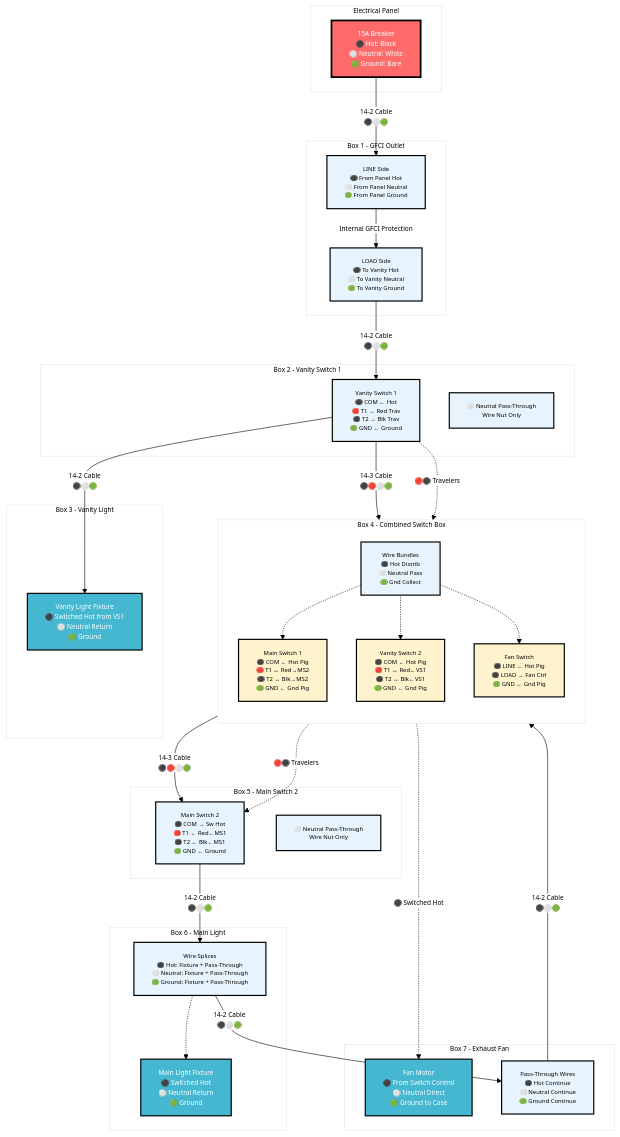
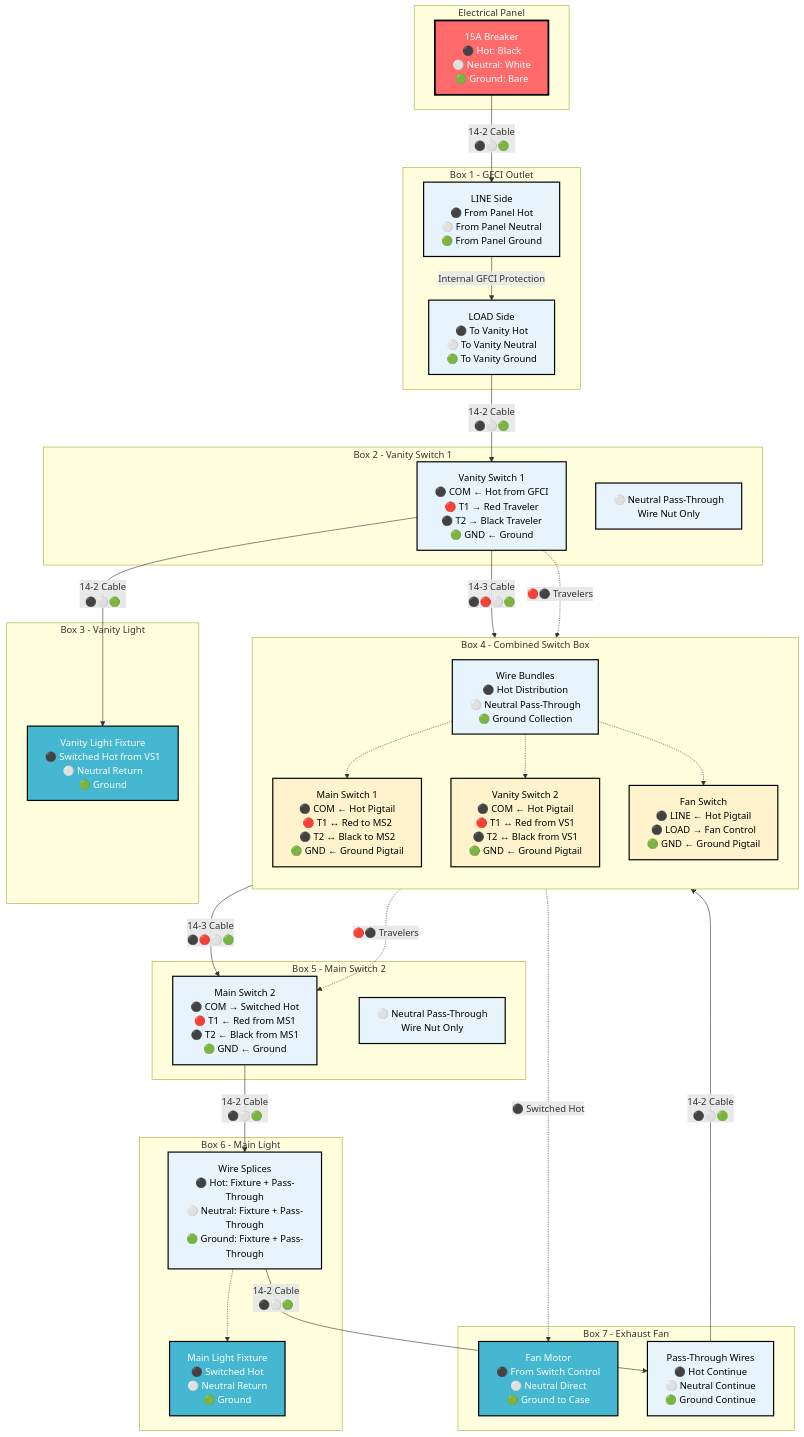
Before and after one commit to ticklemycode/electrical-wiring: the third of 8 diagrams in diagrams/mermaid-wiring-diagram.md, drawn with Mermaid. The commit also changed other lines of this file, not shown here.

````diff
--- a/diagrams/mermaid-wiring-diagram.md
+++ b/diagrams/mermaid-wiring-diagram.md
@@ -111,77 +110,76 @@
 ```mermaid
-%%{init: {'theme':'base', 'themeVariables': {'fontSize': '11px', 'fontFamily': 'Arial', 'primaryColor': '#ffffff', 'primaryTextColor': '#000000', 'lineColor': '#000000'}}}%%
 flowchart TD
     subgraph "Electrical Panel"
         PANEL[15A Breaker<br/>⚫ Hot: Black<br/>⚪ Neutral: White<br/>🟢 Ground: Bare]
     end
     
     subgraph "Box 1 - GFCI Outlet"
         GFCI_LINE[LINE Side<br/>⚫ From Panel Hot<br/>⚪ From Panel Neutral<br/>🟢 From Panel Ground]
         GFCI_LOAD[LOAD Side<br/>⚫ To Vanity Hot<br/>⚪ To Vanity Neutral<br/>🟢 To Vanity Ground]
         GFCI_LINE -->|Internal GFCI Protection| GFCI_LOAD
     end
     
     subgraph "Box 2 - Vanity Switch 1"
-        VS1_SWITCH[Vanity Switch 1<br/>⚫ COM ← Hot<br/>🔴 T1 → Red Trav<br/>⚫ T2 → Blk Trav<br/>🟢 GND ← Ground]
+        VS1_SWITCH[Vanity Switch 1<br/>⚫ COM ← Hot from GFCI<br/>🔴 T1 → Red Traveler<br/>⚫ T2 → Black Traveler<br/>🟢 GND ← Ground]
         VS1_NEUTRAL[⚪ Neutral Pass-Through<br/>Wire Nut Only]
     end
     
     subgraph "Box 3 - Vanity Light"
         VL_FIXTURE[Vanity Light Fixture<br/>⚫ Switched Hot from VS1<br/>⚪ Neutral Return<br/>🟢 Ground]
     end
     
     subgraph "Box 4 - Combined Switch Box"
         direction TB
-        COMB_MAIN[Main Switch 1<br/>⚫ COM ← Hot Pig<br/>🔴 T1 ↔ Red→MS2<br/>⚫ T2 ↔ Blk→MS2<br/>🟢 GND ← Gnd Pig]
-        COMB_VANITY[Vanity Switch 2<br/>⚫ COM ← Hot Pig<br/>🔴 T1 ↔ Red←VS1<br/>⚫ T2 ↔ Blk←VS1<br/>🟢 GND ← Gnd Pig]
-        COMB_FAN[Fan Switch<br/>⚫ LINE ← Hot Pig<br/>⚫ LOAD → Fan Ctrl<br/>🟢 GND ← Gnd Pig]
-        COMB_BUNDLES[Wire Bundles<br/>⚫ Hot Distrib<br/>⚪ Neutral Pass<br/>🟢 Gnd Collect]
+        COMB_MAIN[Main Switch 1<br/>⚫ COM ← Hot Pigtail<br/>🔴 T1 ↔ Red to MS2<br/>⚫ T2 ↔ Black to MS2<br/>🟢 GND ← Ground Pigtail]
+        COMB_VANITY[Vanity Switch 2<br/>⚫ COM ← Hot Pigtail<br/>🔴 T1 ↔ Red from VS1<br/>⚫ T2 ↔ Black from VS1<br/>🟢 GND ← Ground Pigtail]
+        COMB_FAN[Fan Switch<br/>⚫ LINE ← Hot Pigtail<br/>⚫ LOAD → Fan Control<br/>🟢 GND ← Ground Pigtail]
+        COMB_BUNDLES[Wire Bundles<br/>⚫ Hot Distribution<br/>⚪ Neutral Pass-Through<br/>🟢 Ground Collection]
         
         COMB_BUNDLES -.-> COMB_MAIN
         COMB_BUNDLES -.-> COMB_VANITY
         COMB_BUNDLES -.-> COMB_FAN
     end
     
     subgraph "Box 5 - Main Switch 2"
-        MS2_SWITCH[Main Switch 2<br/>⚫ COM → Sw Hot<br/>🔴 T1 ← Red←MS1<br/>⚫ T2 ← Blk←MS1<br/>🟢 GND ← Ground]
+        MS2_SWITCH[Main Switch 2<br/>⚫ COM → Switched Hot<br/>🔴 T1 ← Red from MS1<br/>⚫ T2 ← Black from MS1<br/>🟢 GND ← Ground]
         MS2_NEUTRAL[⚪ Neutral Pass-Through<br/>Wire Nut Only]
     end
     
     subgraph "Box 6 - Main Light"
         ML_FIXTURE[Main Light Fixture<br/>⚫ Switched Hot<br/>⚪ Neutral Return<br/>🟢 Ground]
         ML_SPLICE[Wire Splices<br/>⚫ Hot: Fixture + Pass-Through<br/>⚪ Neutral: Fixture + Pass-Through<br/>🟢 Ground: Fixture + Pass-Through]
         ML_SPLICE -.-> ML_FIXTURE
     end
     
     subgraph "Box 7 - Exhaust Fan"
         FAN_MOTOR[Fan Motor<br/>⚫ From Switch Control<br/>⚪ Neutral Direct<br/>🟢 Ground to Case]
         FAN_PASS[Pass-Through Wires<br/>⚫ Hot Continue<br/>⚪ Neutral Continue<br/>🟢 Ground Continue]
     end
     
     %% Cable Connections with Wire Colors
     PANEL -->|14-2 Cable<br/>⚫⚪🟢| GFCI_LINE
     GFCI_LOAD -->|14-2 Cable<br/>⚫⚪🟢| VS1_SWITCH
     VS1_SWITCH -->|14-2 Cable<br/>⚫⚪🟢| VL_FIXTURE
     VS1_SWITCH -->|14-3 Cable<br/>⚫🔴⚪🟢| COMB_BUNDLES
     COMB_BUNDLES -->|14-3 Cable<br/>⚫🔴⚪🟢| MS2_SWITCH
     MS2_SWITCH -->|14-2 Cable<br/>⚫⚪🟢| ML_SPLICE
     ML_SPLICE -->|14-2 Cable<br/>⚫⚪🟢| FAN_PASS
     FAN_PASS -->|14-2 Cable<br/>⚫⚪🟢| COMB_BUNDLES
     
     %% Control Wires
     COMB_FAN -.->|⚫ Switched Hot| FAN_MOTOR
     
     %% Traveler Connections
     VS1_SWITCH -.->|🔴⚫ Travelers| COMB_VANITY
     COMB_MAIN -.->|🔴⚫ Travelers| MS2_SWITCH
     
-    classDef panelStyle fill:#ff6b6b,stroke:#000,stroke-width:3px,color:#fff,font-size:11px
-    classDef boxStyle fill:#e8f4fd,stroke:#000,stroke-width:2px,color:#000,font-size:10px
-    classDef deviceStyle fill:#fff3cd,stroke:#000,stroke-width:2px,color:#000,font-size:10px
-    classDef fixtureStyle fill:#45b7d1,stroke:#000,stroke-width:2px,color:#fff,font-size:11px
+    classDef panelStyle fill:#ff6b6b,stroke:#000,stroke-width:3px,color:#fff
+    classDef boxStyle fill:#e8f4fd,stroke:#000,stroke-width:2px,color:#000
+    classDef deviceStyle fill:#fff3cd,stroke:#000,stroke-width:2px,color:#000
+    classDef fixtureStyle fill:#45b7d1,stroke:#000,stroke-width:2px,color:#fff
     
     class PANEL panelStyle
     class GFCI_LINE,GFCI_LOAD,VL_SPLICE,VS1_SWITCH,VS1_NEUTRAL,COMB_BUNDLES,MS2_SWITCH,MS2_NEUTRAL,ML_SPLICE,FAN_PASS boxStyle
     class COMB_MAIN,COMB_VANITY,COMB_FAN deviceStyle
     class VL_FIXTURE,ML_FIXTURE,FAN_MOTOR fixtureStyle
 ```
````
